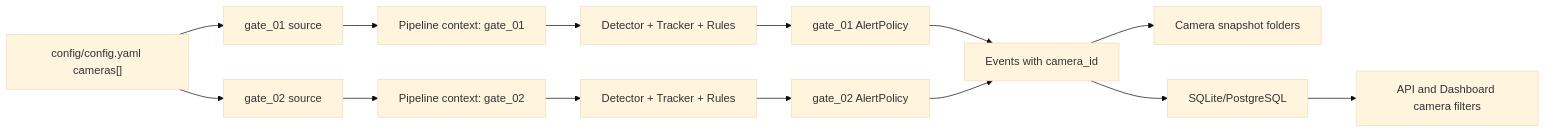
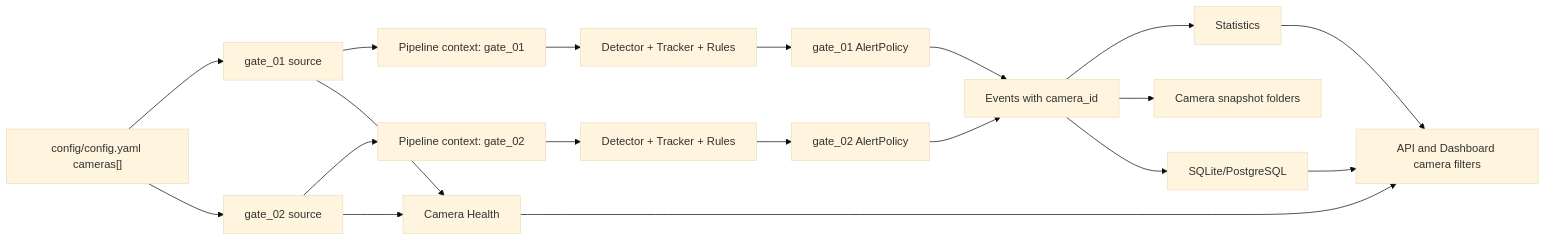
One commit to jiyeon0715/vision-event-platform changed the first of 2 diagrams in README.md. Above: the diagram before and after it, drawn with Mermaid (base theme). The commit also changed other lines of this file and 15 other files, not shown here.

Commit message:
feat: add event statistics and camera health monitoring

````diff
--- a/README.md
+++ b/README.md
@@ -42,16 +23,21 @@
 ```mermaid
 flowchart LR
     A["config/config.yaml cameras[]"] --> B["gate_01 source"]
     A --> C["gate_02 source"]
     B --> D["Pipeline context: gate_01"]
     C --> E["Pipeline context: gate_02"]
     D --> F["Detector + Tracker + Rules"]
     E --> G["Detector + Tracker + Rules"]
     F --> H["gate_01 AlertPolicy"]
     G --> I["gate_02 AlertPolicy"]
     H --> J["Events with camera_id"]
     I --> J
+    B --> N["Camera Health"]
+    C --> N
+    J --> O["Statistics"]
     J --> K["Camera snapshot folders"]
     J --> L["SQLite/PostgreSQL"]
     L --> M["API and Dashboard camera filters"]
+    N --> M
+    O --> M
 ```
````
